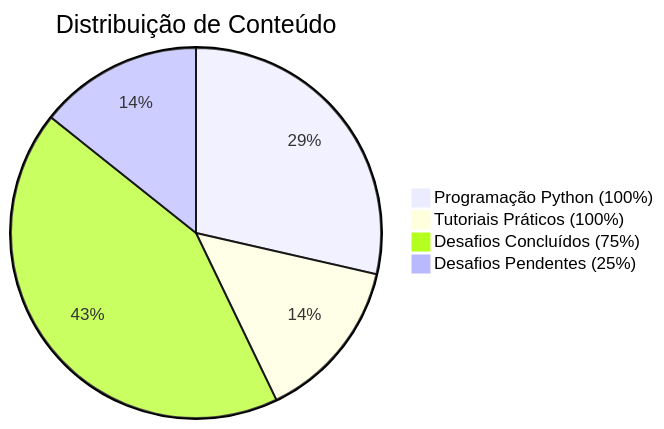
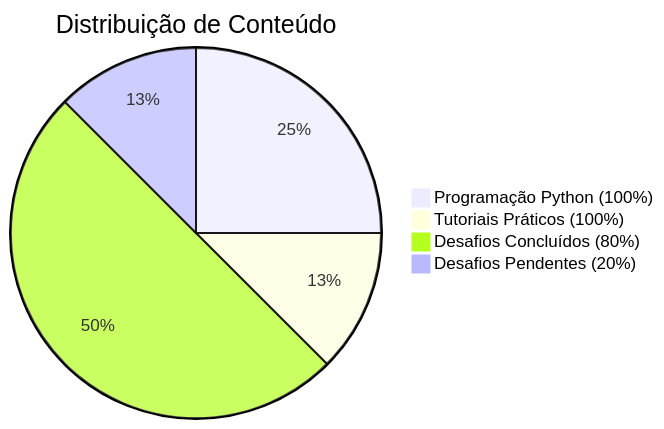
One commit to ThiagoMaria-SecurityIT/Bootcamp_DIO_e_Santander-Ciberseguran-a_2025 changed the diagram in README.md. Above: the diagram before and after it, drawn with Mermaid.

````diff
--- a/README.md
+++ b/README.md
@@ -37,7 +37,7 @@
 ```mermaid
   pie title Distribuição de Conteúdo
     "Programação Python (100%)" : 2
     "Tutoriais Práticos (100%)" : 1
-    "Desafios Concluídos (75%)" : 3
-    "Desafios Pendentes (25%)" : 1
+    "Desafios Concluídos (80%)" : 4
+    "Desafios Pendentes (20%)" : 1
 ```
````
